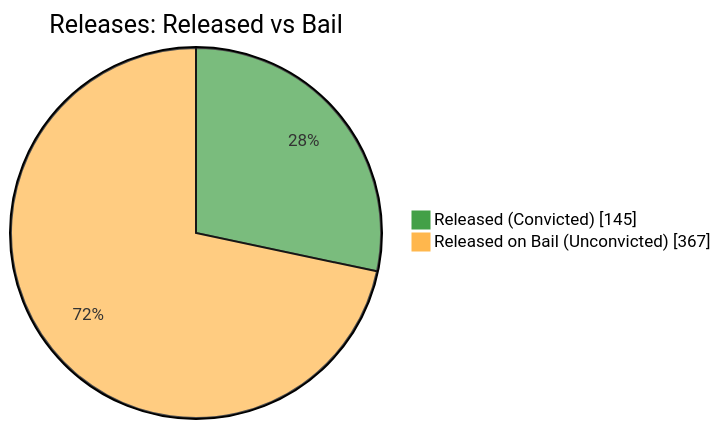
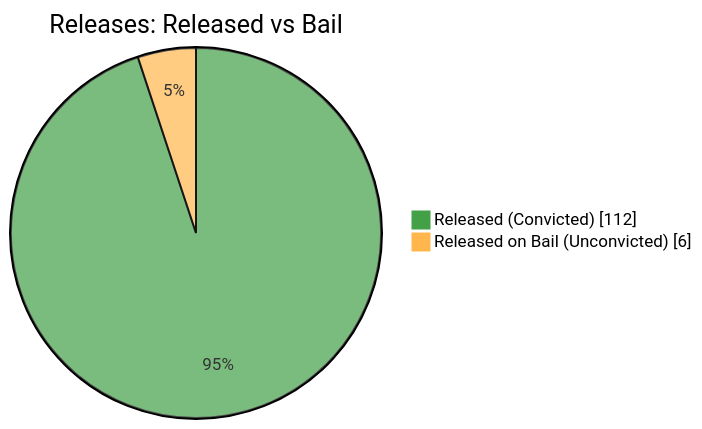
The fifth of 7 diagrams in README.md (nuuuwan/lk_prisons), drawn with Mermaid before and after one commit. The commit also changed other lines of this file and 1 other file, not shown here.

````diff
--- a/README.md
+++ b/README.md
@@ -87,6 +87,6 @@
 ```mermaid
 %%{init: {'themeVariables': {'pie1': '#43A047', 'pie2': '#FFB74D'}}}%%
 pie showData title Releases: Released vs Bail
-    "Released (Convicted)" : 145
-    "Released on Bail (Unconvicted)" : 367
+    "Released (Convicted)" : 112
+    "Released on Bail (Unconvicted)" : 6
 ```
````
